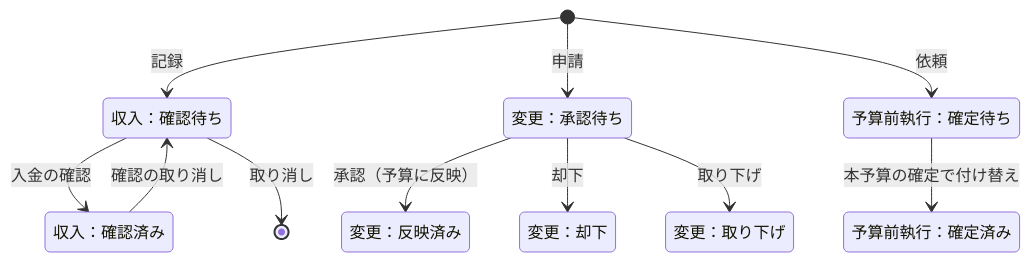
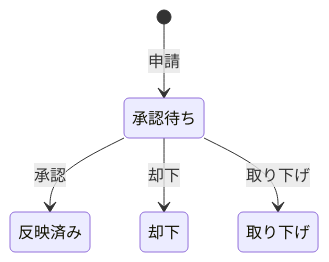
Diagram 18 of 18 in docs/仕様書.md (Kota-Ohira17/expenditure), drawn with Mermaid before and after one commit. The commit also changed other lines of this file, not shown here.

Commit message:
仕様書のMermaid図を短く描き直す

````diff
--- a/docs/仕様書.md
+++ b/docs/仕様書.md
@@ -1486,21 +1393,11 @@
 ```mermaid
 stateDiagram-v2
-    state "収入：確認待ち" as ip
-    state "収入：確認済み" as id
-    [*] --> ip: 記録
-    ip --> id: 入金の確認
-    id --> ip: 確認の取り消し
-    ip --> [*]: 取り消し
-    state "変更：承認待ち" as cp
-    [*] --> cp: 申請
-    cp --> approved_c: 承認（予算に反映）
-    cp --> rejected_c: 却下
-    cp --> withdrawn_c: 取り下げ
-    state "変更：反映済み" as approved_c
-    state "変更：却下" as rejected_c
-    state "変更：取り下げ" as withdrawn_c
-    state "予算前執行：確定待ち" as pa
-    state "予算前執行：確定済み" as ps
-    [*] --> pa: 依頼
-    pa --> ps: 本予算の確定で付け替え
+    state "承認待ち" as A
+    state "反映済み" as B
+    state "却下" as C
+    state "取り下げ" as D
+    [*] --> A: 申請
+    A --> B: 承認
+    A --> C: 却下
+    A --> D: 取り下げ
 ```
````
